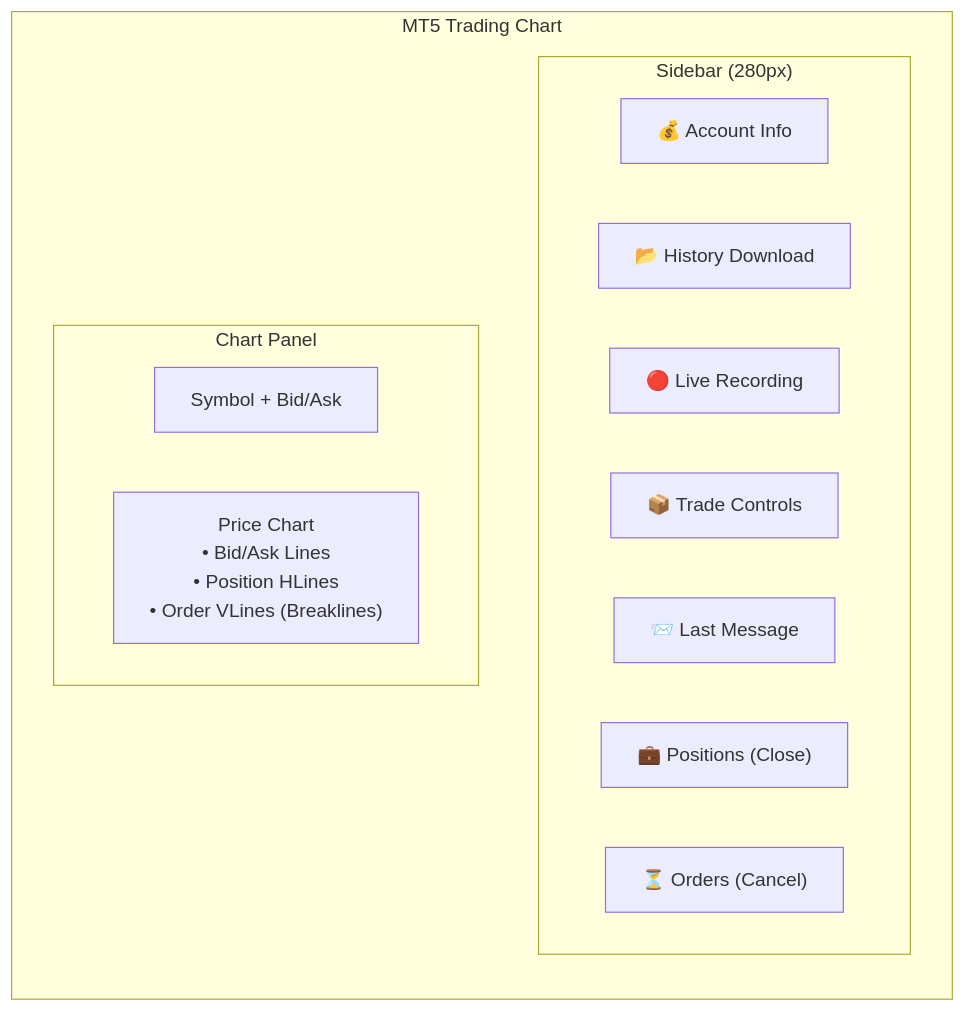
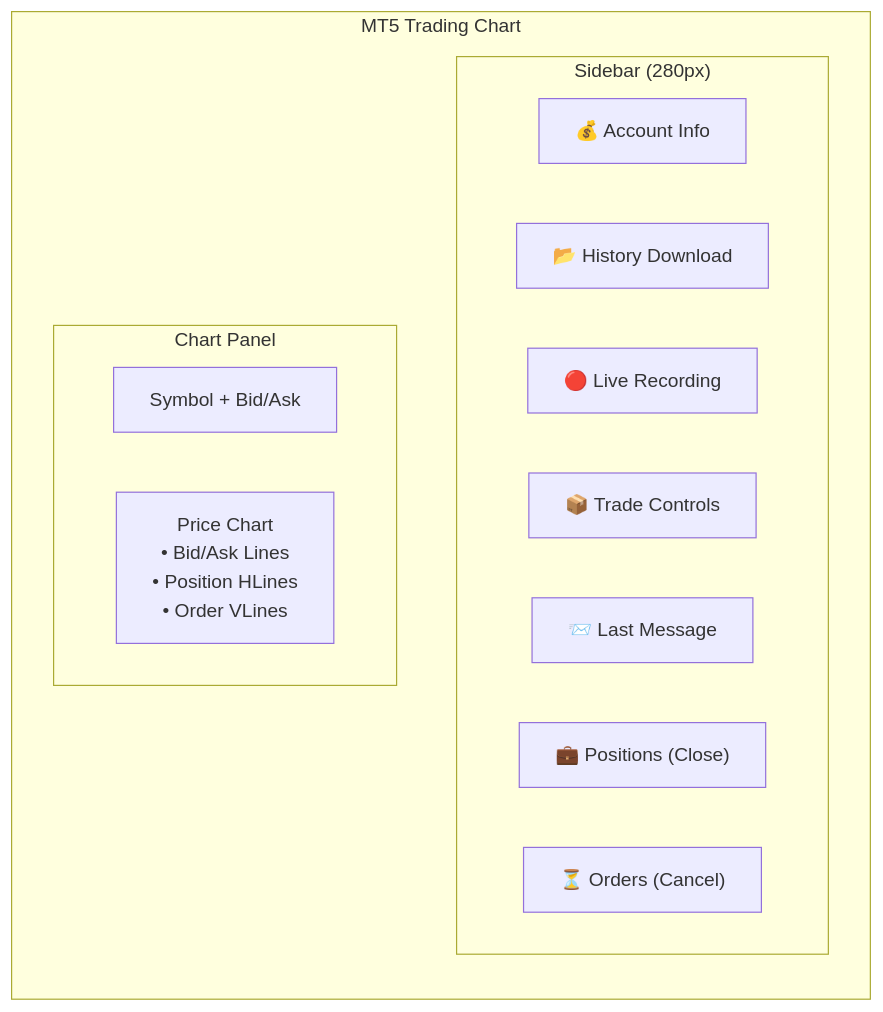
The third of 3 diagrams in trading-architecture-v5.md (algorembrant/SUM3API), drawn with Mermaid before and after one commit. The commit also changed other lines of this file and 6 other files, not shown here.

````diff
--- a/trading-architecture-v5.md
+++ b/trading-architecture-v5.md
@@ -84,18 +83,18 @@
 ```mermaid
 flowchart LR
     subgraph Window["MT5 Trading Chart"]
         subgraph Side["Sidebar (280px)"]
             A["💰 Account Info"]
             B["📂 History Download"]
             C["🔴 Live Recording"]
             D["📦 Trade Controls"]
             E["📨 Last Message"]
             F["💼 Positions (Close)"]
             G["⏳ Orders (Cancel)"]
         end
         subgraph Main["Chart Panel"]
             H["Symbol + Bid/Ask"]
-            I["Price Chart<br/>• Bid/Ask Lines<br/>• Position HLines<br/>• Order VLines (Breaklines)"]
+            I["Price Chart<br/>• Bid/Ask Lines<br/>• Position HLines<br/>• Order VLines"]
         end
     end
 ```
````
